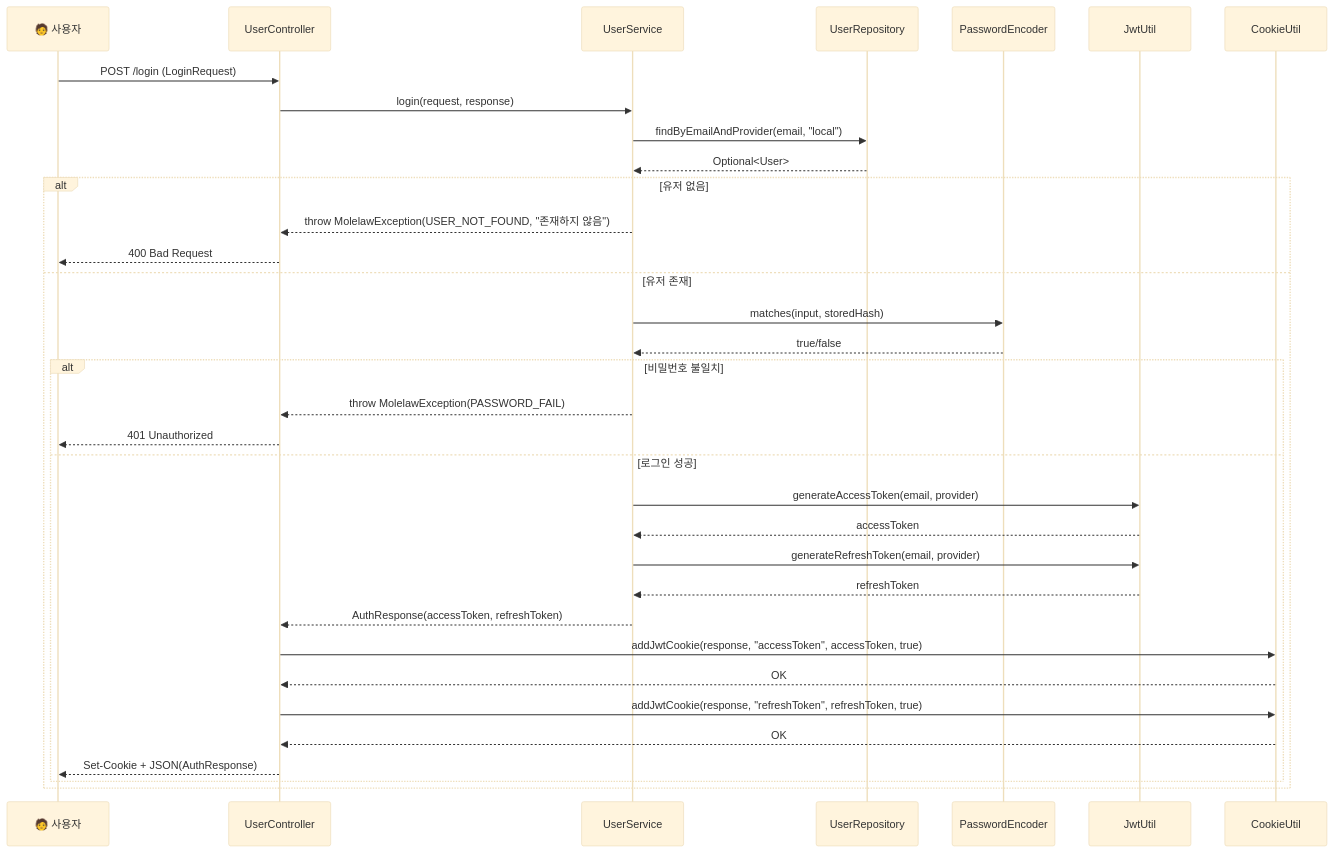
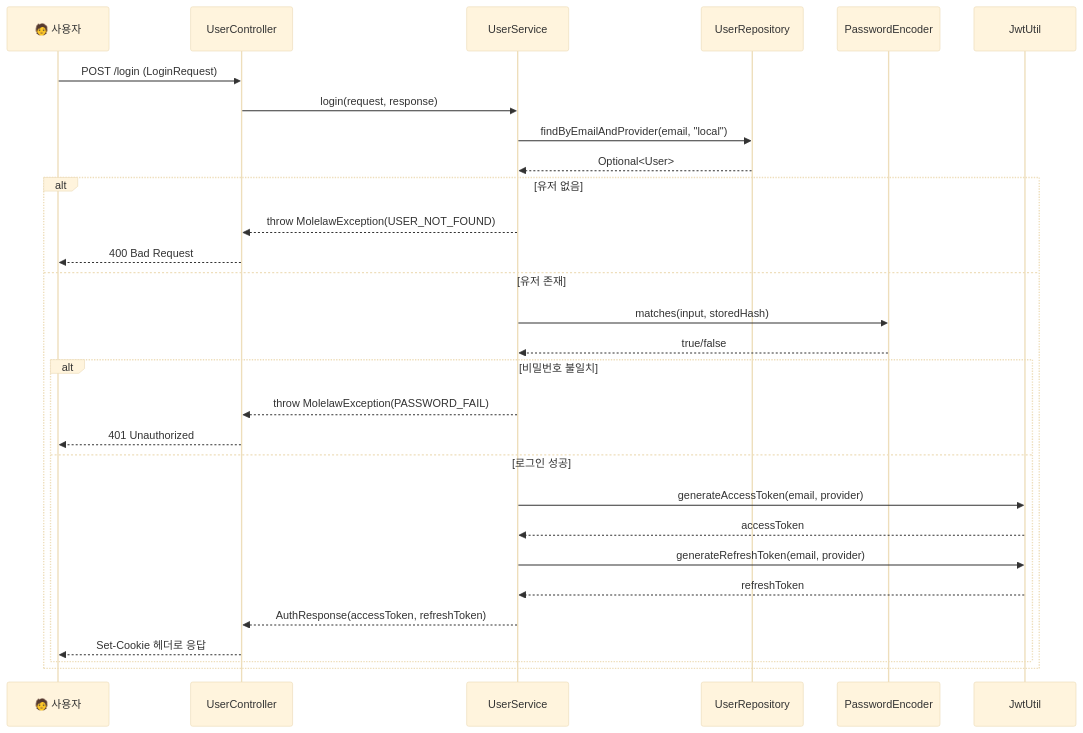
Before and after one commit to ranpia/MoleLaw_backend: the first of 13 diagrams in README.md, drawn with Mermaid (base theme). The commit also changed other lines of this file, not shown here.

````diff
--- a/README.md
+++ b/README.md
@@ -54,48 +56,38 @@
 ```mermaid
 sequenceDiagram
   participant User as 🧑 사용자
   participant UserController
   participant UserService
   participant UserRepository
   participant PasswordEncoder
   participant JwtUtil
-  participant CookieUtil
 
   User->>UserController: POST /login (LoginRequest)
-
   UserController->>UserService: login(request, response)
 
   UserService->>UserRepository: findByEmailAndProvider(email, "local")
   UserRepository-->>UserService: Optional<User>
 
   alt 유저 없음
-    UserService-->>UserController: throw MolelawException(USER_NOT_FOUND, "존재하지 않음")
+    UserService-->>UserController: throw MolelawException(USER_NOT_FOUND)
     UserController-->>User: 400 Bad Request
   else 유저 존재
     UserService->>PasswordEncoder: matches(input, storedHash)
     PasswordEncoder-->>UserService: true/false
 
     alt 비밀번호 불일치
       UserService-->>UserController: throw MolelawException(PASSWORD_FAIL)
       UserController-->>User: 401 Unauthorized
     else 로그인 성공
       UserService->>JwtUtil: generateAccessToken(email, provider)
       JwtUtil-->>UserService: accessToken
 
       UserService->>JwtUtil: generateRefreshToken(email, provider)
       JwtUtil-->>UserService: refreshToken
 
       UserService-->>UserController: AuthResponse(accessToken, refreshToken)
-
-      UserController->>CookieUtil: addJwtCookie(response, "accessToken", accessToken, true)
-      CookieUtil-->>UserController: OK
-
-      UserController->>CookieUtil: addJwtCookie(response, "refreshToken", refreshToken, true)
-      CookieUtil-->>UserController: OK
-
-      UserController-->>User: Set-Cookie + JSON(AuthResponse)
+      UserController-->>User: Set-Cookie 헤더로 응답
     end
   end
 
-
 ```
````
